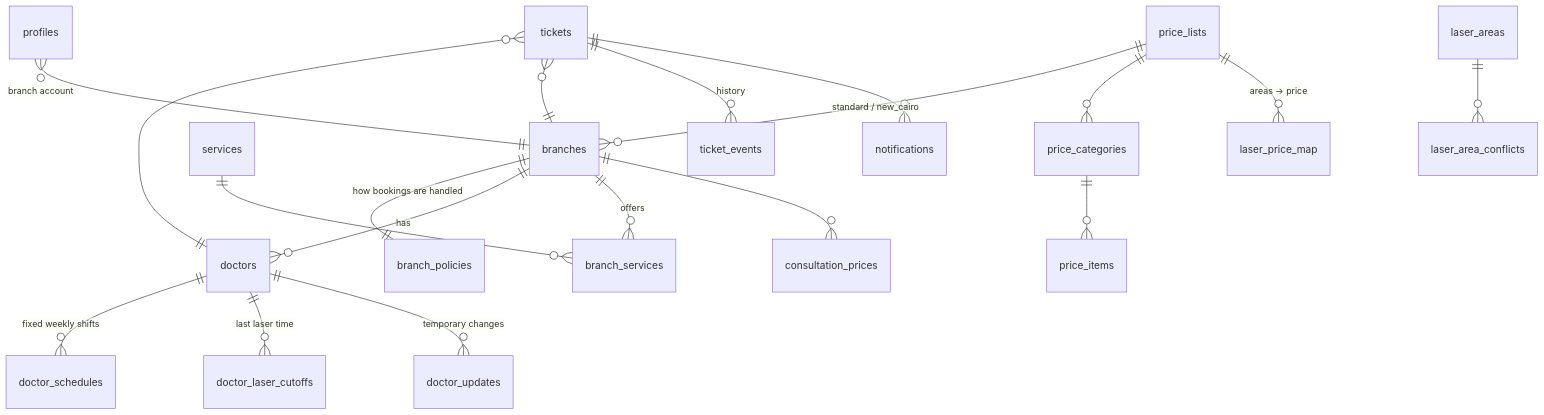
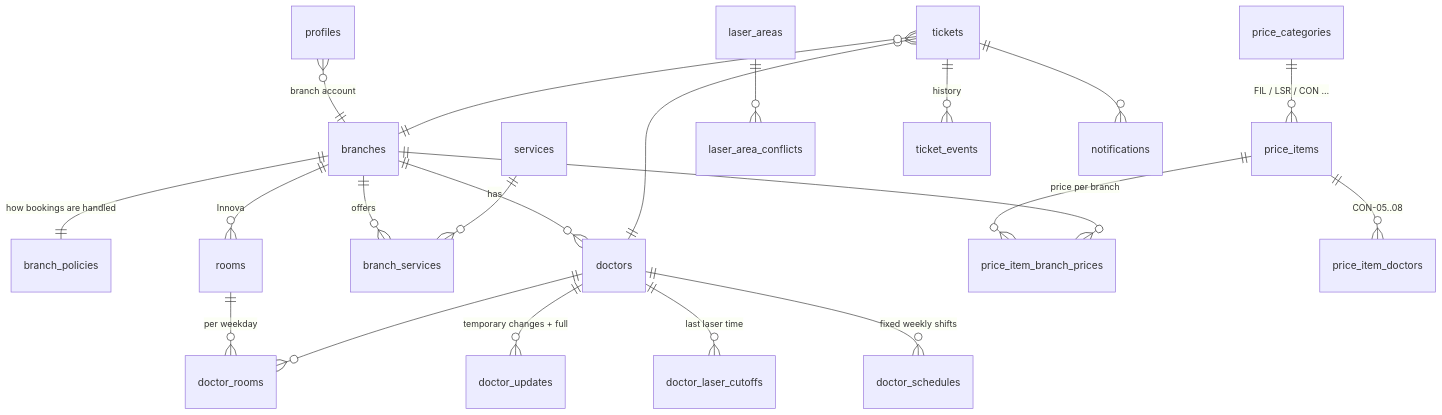
The diagram in allure-aesthetic/docs/phase-1-database.md (Elkadeem1/allure-aesthetic), drawn with Mermaid before and after one commit. The commit also changed other lines of this file and 72 other files, not shown here.

````diff
--- a/allure-aesthetic/docs/phase-1-database.md
+++ b/allure-aesthetic/docs/phase-1-database.md
@@ -7,21 +16,23 @@
 ```mermaid
 erDiagram
   branches ||--|| branch_policies : "how bookings are handled"
   branches ||--o{ doctors : "has"
   branches ||--o{ branch_services : "offers"
   services ||--o{ branch_services : ""
   doctors ||--o{ doctor_schedules : "fixed weekly shifts"
   doctors ||--o{ doctor_laser_cutoffs : "last laser time"
-  doctors ||--o{ doctor_updates : "temporary changes"
-  branches ||--o{ consultation_prices : ""
-  price_lists ||--o{ branches : "standard / new_cairo"
-  price_lists ||--o{ price_categories : ""
-  price_categories ||--o{ price_items : ""
-  price_lists ||--o{ laser_price_map : "areas -> price"
+  doctors ||--o{ doctor_updates : "temporary changes + full"
+  branches ||--o{ rooms : "Innova"
+  rooms ||--o{ doctor_rooms : "per weekday"
+  doctors ||--o{ doctor_rooms : ""
+  price_categories ||--o{ price_items : "FIL / LSR / CON …"
+  price_items ||--o{ price_item_branch_prices : "price per branch"
+  branches ||--o{ price_item_branch_prices : ""
+  price_items ||--o{ price_item_doctors : "CON-05..08"
   laser_areas ||--o{ laser_area_conflicts : ""
   profiles }o--|| branches : "branch account"
   tickets }o--|| doctors : ""
   tickets }o--|| branches : ""
   tickets ||--o{ ticket_events : "history"
   tickets ||--o{ notifications : ""
 ```
````
